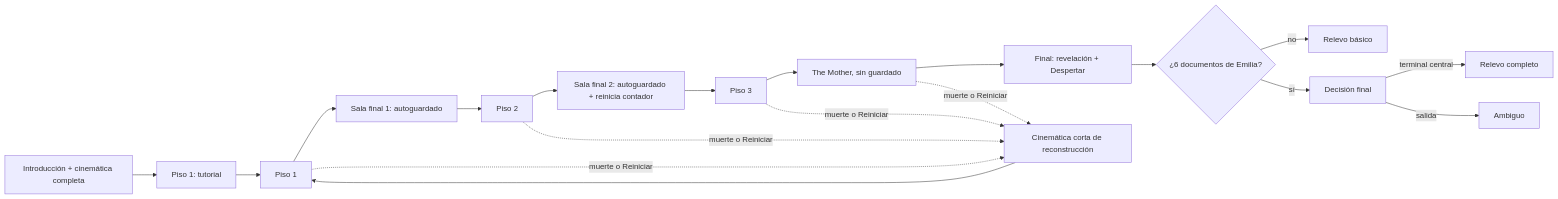
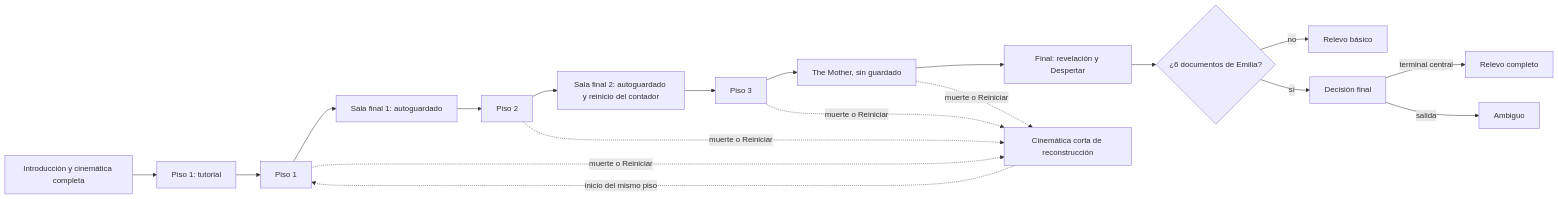
One commit to ChristianC720/survivalHorror-Demo changed the diagram in GDD/02 - Diseño/05 - Progresión.md. Above: the diagram before and after it, drawn with Mermaid. The commit also changed other lines of this file and 87 other files, not shown here.

````diff
--- a/GDD/02 - Diseño/05 - Progresión.md
+++ b/GDD/02 - Diseño/05 - Progresión.md
@@ -39,18 +47,18 @@
 ```mermaid
 flowchart LR
-    I[Introducción + cinemática completa] --> T[Piso 1: tutorial]
+    I[Introducción y cinemática completa] --> T[Piso 1: tutorial]
     T --> P1[Piso 1]
     P1 --> F1[Sala final 1: autoguardado]
     F1 --> P2[Piso 2]
-    P2 --> F2[Sala final 2: autoguardado + reinicia contador]
+    P2 --> F2[Sala final 2: autoguardado y reinicio del contador]
     F2 --> P3[Piso 3]
     P3 --> M[The Mother, sin guardado]
-    M --> F[Final: revelación + Despertar]
+    M --> F[Final: revelación y Despertar]
     F --> DOC{¿6 documentos de Emilia?}
     DOC -- no --> RB[Relevo básico]
     DOC -- sí --> DF[Decisión final]
     DF -- terminal central --> RC[Relevo completo]
     DF -- salida --> AM[Ambiguo]
     P1 & P2 & P3 & M -. muerte o Reiniciar .-> R[Cinemática corta de reconstrucción]
-    R --> P1
+    R -. inicio del mismo piso .-> P1
 ```
````
